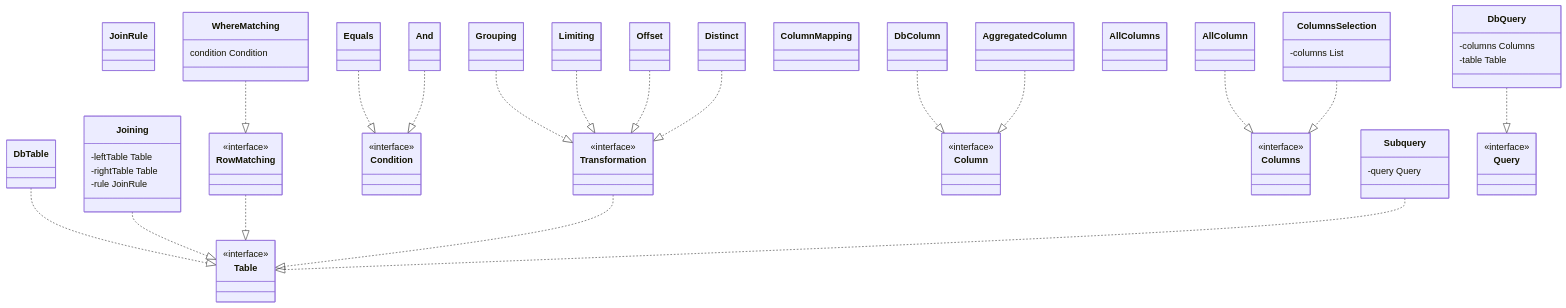
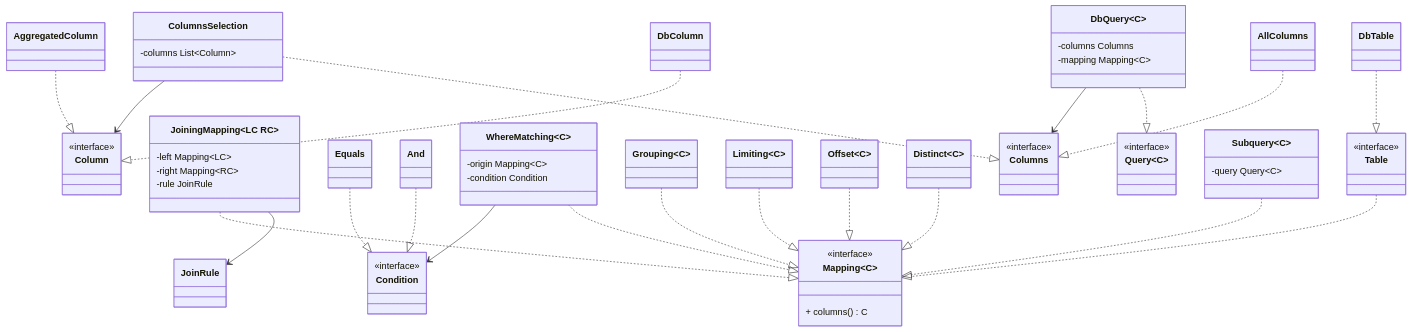
The diagram in docs/domain.md (safarislava/QueryBricks), drawn with Mermaid before and after one commit.

Commit message:
docs: Trying to solve namespace problem via generic and mapping class

````diff
--- a/docs/domain.md
+++ b/docs/domain.md
@@ -1,101 +1,97 @@
 ```mermaid
 classDiagram
+    class Mapping~C~ {
+        <<interface>>
+        + columns() C
+    }
+
     class Table {
         <<interface>>
     }
-    
-    class DbTable 
+    Table ..|> Mapping
+
+    class DbTable
     DbTable ..|> Table
-    
+
     class JoinRule
-    
-    class Joining {
-        -leftTable Table
-        -rightTable Table
+
+    class JoiningMapping~LC RC~ {
+        -left Mapping~LC~
+        -right Mapping~RC~
         -rule JoinRule
     }
-    Joining ..|> Table
-    
-    
-    class RowMatching {
-        <<interface>>
-    }
-    %% возможно где-то Table стоит заменить на синоним типа Data, Selected и т.д.
-    RowMatching ..|> Table 
-    
-    class WhereMatching {
-        condition Condition
-    }
-    %% надо сделать так, чтобы WHERE нельзя было писать после Transformation
-    %% при том Transformation должна принимать и просто таблицу, и "прореженную"
-    WhereMatching ..|> RowMatching
-    
+    JoiningMapping --> JoinRule
+    JoiningMapping ..|> Mapping
+
     class Condition {
         <<interface>>
     }
-    
+
     class Equals
     Equals ..|> Condition
     class And
     And ..|> Condition
-    
-    class Transformation { 
-        <<interface>>
+
+    class WhereMatching~C~ {
+        -origin Mapping~C~
+        -condition Condition
     }
-    Transformation ..|> Table
-    
-    class Grouping 
-    Grouping ..|> Transformation
-    
-    class Limiting
-    Limiting ..|> Transformation
-    
-    class Offset
-    Offset ..|> Transformation
-    
-    class Distinct
-    Distinct ..|> Transformation
-    
+    %% надо сделать так, чтобы WHERE нельзя было писать после Transformation
+    WhereMatching ..|> Mapping
+    WhereMatching --> Condition
+
+    class Grouping~C~
+    Grouping ..|> Mapping
+
+    class Limiting~C~
+    Limiting ..|> Mapping
+
+    class Offset~C~
+    Offset ..|> Mapping
+
+    class Distinct~C~
+    Distinct ..|> Mapping
+
     %% спроектировать HAVING
-    
-    class ColumnMapping 
-    
+
     class Column {
         <<interface>>
     }
-    
-    class DbColumn 
+
+    class DbColumn
     DbColumn ..|> Column
 
     class AggregatedColumn
     AggregatedColumn ..|> Column
-    
+
     class Columns {
         <<interface>>
     }
-    
+
     class AllColumns
-    AllColumn ..|> Columns
-    
+    AllColumns ..|> Columns
+
     class ColumnsSelection {
-        -columns List<Column>
+        -columns List~Column~
     }
     ColumnsSelection ..|> Columns
+    ColumnsSelection --> Column
 
-    class Subquery {
-        -query Query
+    class Subquery~C~ {
+        -query Query~C~
     }
-    Subquery ..|> Table
+    Subquery ..|> Mapping
 
-    class Query {
+    class Query~C~ {
         <<interface>>
     }
 
-    class DbQuery {
+    class DbQuery~C~ {
         -columns Columns
-        -table Table
+        -mapping Mapping~C~
     }
     DbQuery ..|> Query
-    
+    DbQuery --> Columns
+
     %% алиасы для таблиц и столбцов
 ```
````
